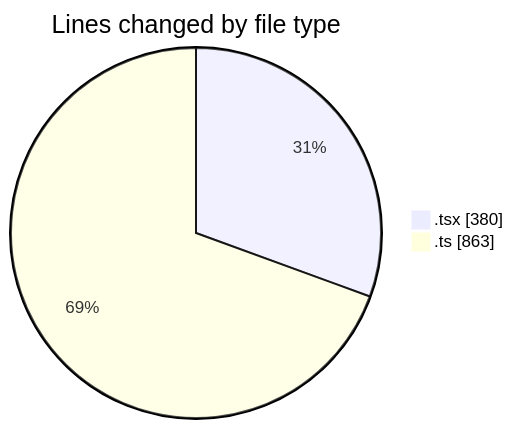
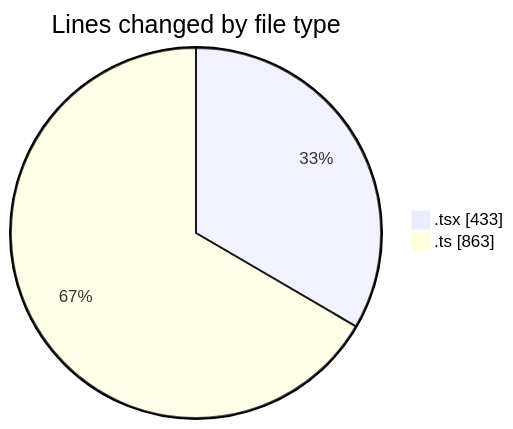
The first of 2 diagrams in 2025-09-05/hiai-phf/README.md (lephambinh05/code-tracking), drawn with Mermaid before and after one commit. The commit also changed other lines of this file and 1 other file, not shown here.

````diff
--- a/2025-09-05/hiai-phf/README.md
+++ b/2025-09-05/hiai-phf/README.md
@@ -31,6 +32,6 @@
 ```mermaid
 pie showData
 title Lines changed by file type
-".tsx" : 380
+".tsx" : 433
 ".ts" : 863
 ```
````
